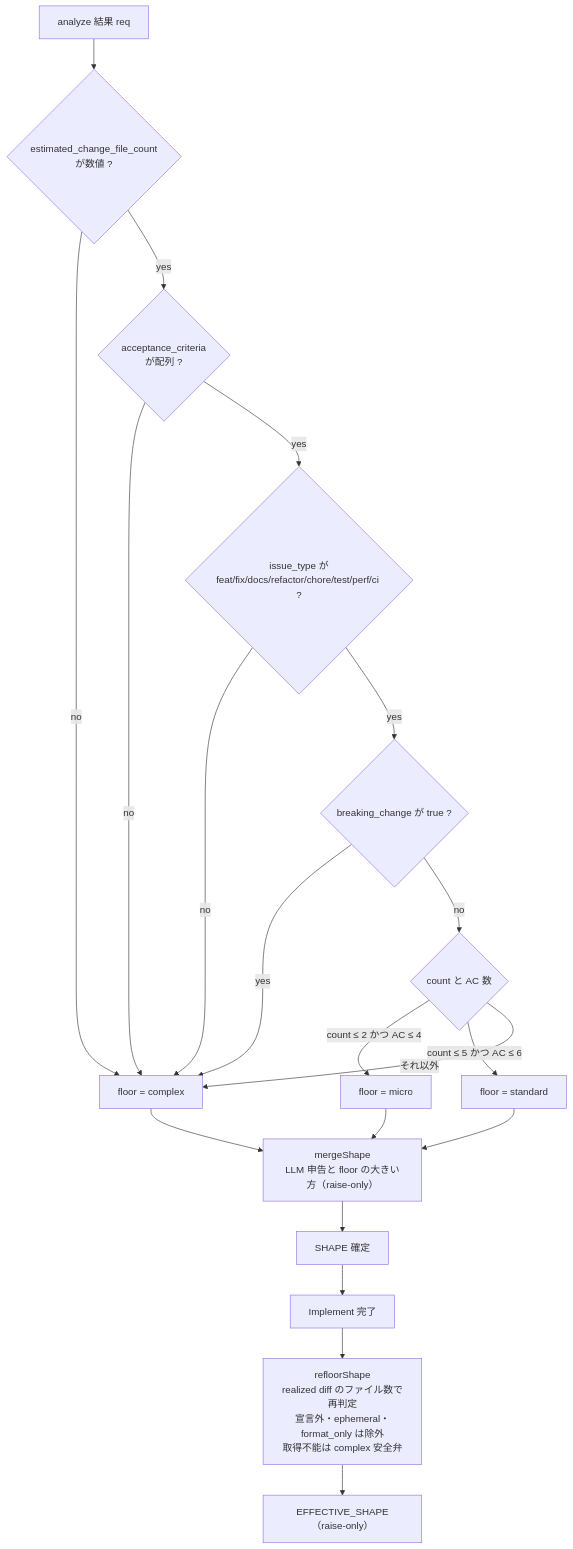
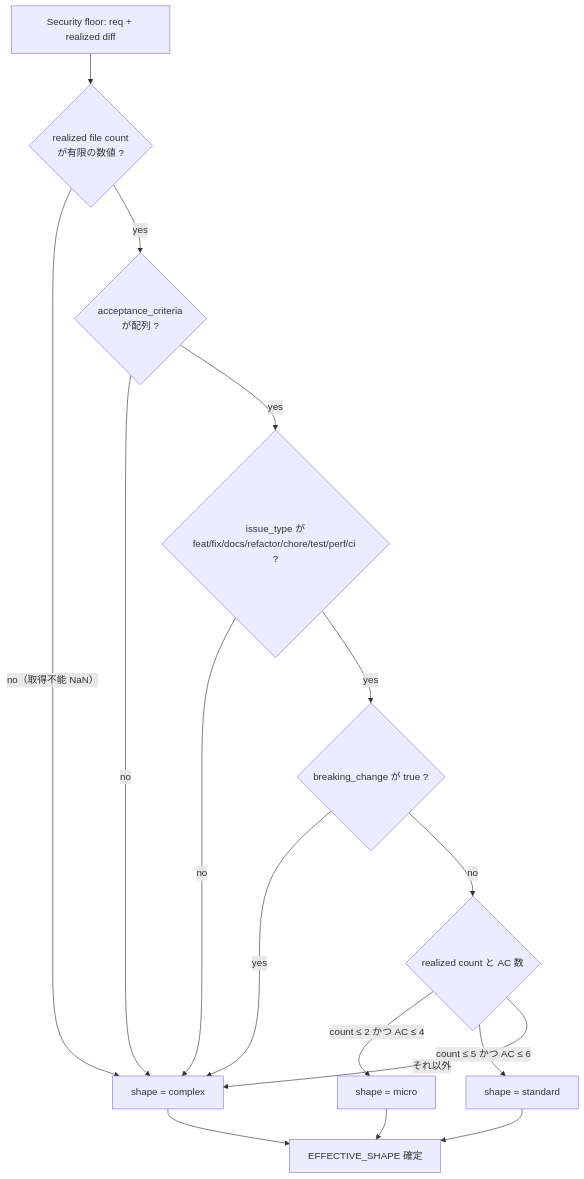
One commit to it-all-playpark/skills changed diagram 11 of 13 in docs/dev-flow-atlas.md. Above: the diagram before and after it, drawn with Mermaid. The commit also changed other lines of this file and 97 other files, not shown here.

Commit message:
refactor(dev-flow): 事前 shape 見積もり（req.shape / estimated_change_file_count）を decision から外し、実効 shape を realized diff の決定論特徴量だけで決める (#676) (#691)

````diff
--- a/docs/dev-flow-atlas.md
+++ b/docs/dev-flow-atlas.md
@@ -246,24 +249,19 @@
 ```mermaid
 flowchart TD
-    START["analyze 結果 req"] --> F1{"estimated_change_file_count<br/>が数値 ?"}
-    F1 -->|no| CX["floor = complex"]
+    START["Security floor: req + realized diff"] --> F1{"realized file count<br/>が有限の数値 ?"}
+    F1 -->|"no（取得不能 NaN）"| CX["shape = complex"]
     F1 -->|yes| F2{"acceptance_criteria<br/>が配列 ?"}
     F2 -->|no| CX
     F2 -->|yes| F3{"issue_type が<br/>feat/fix/docs/refactor/chore/test/perf/ci ?"}
     F3 -->|no| CX
     F3 -->|yes| F4{"breaking_change が true ?"}
     F4 -->|yes| CX
-    F4 -->|no| F5{"count と AC 数"}
-    F5 -->|"count ≤ 2 かつ AC ≤ 4"| MI["floor = micro"]
-    F5 -->|"count ≤ 5 かつ AC ≤ 6"| ST["floor = standard"]
+    F4 -->|no| F5{"realized count と AC 数"}
+    F5 -->|"count ≤ 2 かつ AC ≤ 4"| MI["shape = micro"]
+    F5 -->|"count ≤ 5 かつ AC ≤ 6"| ST["shape = standard"]
     F5 -->|"それ以外"| CX
 
-    MI --> MG["mergeShape<br/>LLM 申告と floor の大きい方（raise-only）"]
-    ST --> MG
-    CX --> MG
-    MG --> SHAPE["SHAPE 確定"]
-
-    SHAPE --> IMPL["Implement 完了"]
-    IMPL --> RF["refloorShape<br/>realized diff のファイル数で再判定<br/>宣言外・ephemeral・format_only は除外<br/>取得不能は complex 安全弁"]
-    RF --> ES["EFFECTIVE_SHAPE（raise-only）"]
+    MI --> ES["EFFECTIVE_SHAPE 確定"]
+    ST --> ES
+    CX --> ES
 ```
````
